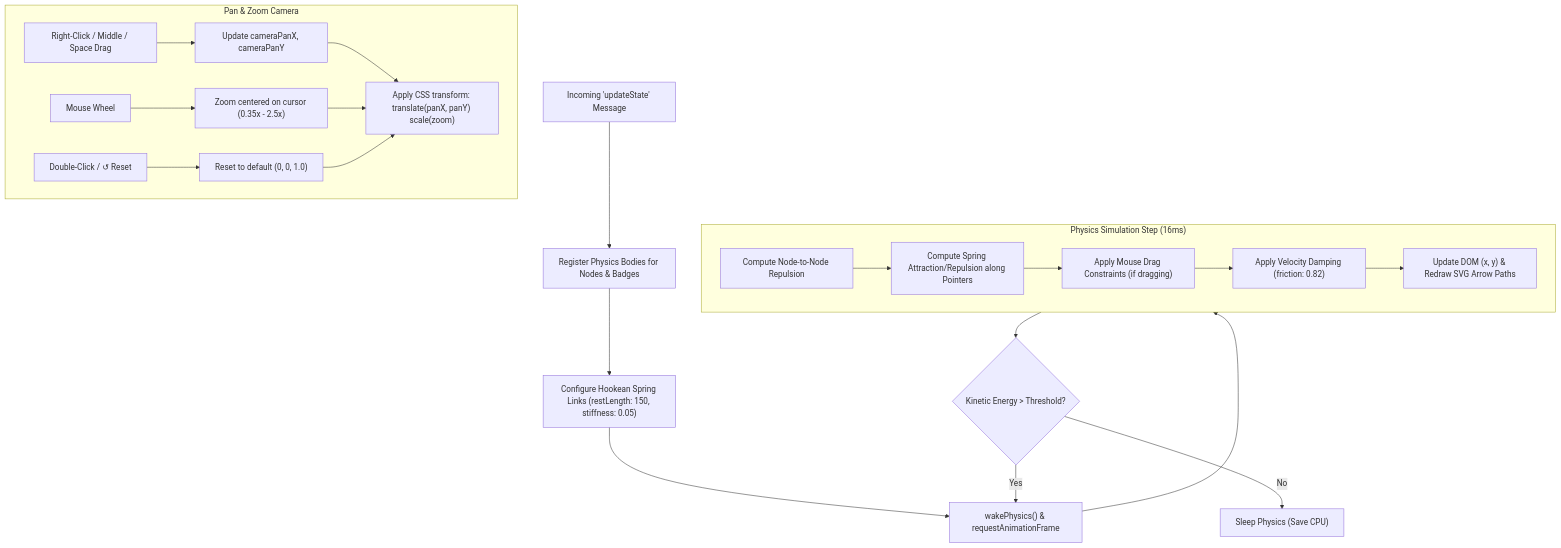
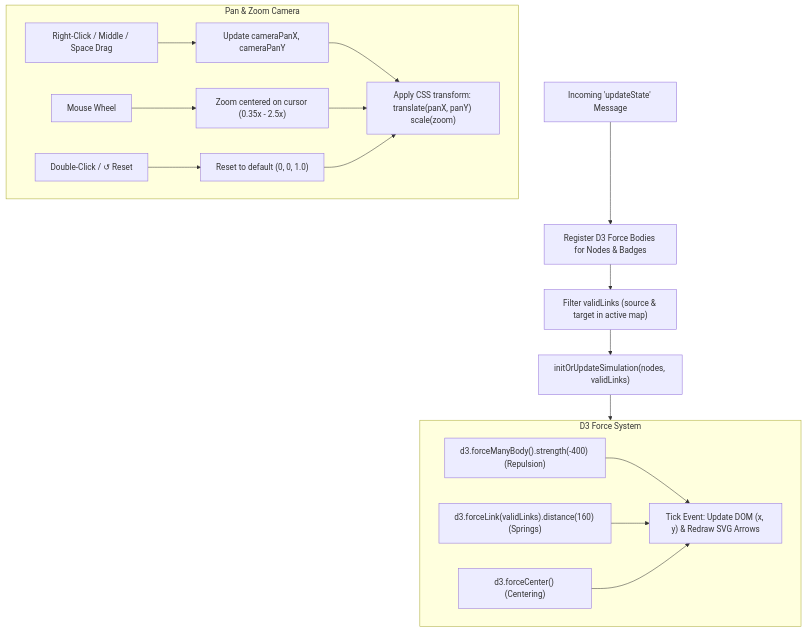
The fourth of 5 diagrams in docs/data-flow.md (KingSahil/Simide), drawn with Mermaid before and after one commit. The commit also changed other lines of this file and 35 other files, not shown here.

````diff
--- a/docs/data-flow.md
+++ b/docs/data-flow.md
@@ -116,27 +132,26 @@
 ```mermaid
 flowchart TD
-    UpdateMsg["Incoming 'updateState' Message"] --> SetupBodies["Register Physics Bodies for Nodes & Badges"]
-    SetupBodies --> SpringConfig["Configure Hookean Spring Links (restLength: 150, stiffness: 0.05)"]
-    SpringConfig --> AnimLoop["wakePhysics() & requestAnimationFrame"]
+    UpdateMsg["Incoming 'updateState' Message"] --> SetupBodies["Register D3 Force Bodies for Nodes & Badges"]
+    SetupBodies --> LinkConfig["Filter validLinks (source & target in active map)"]
+    LinkConfig --> ForceInit["initOrUpdateSimulation(nodes, validLinks)"]
 
-    subgraph PhysicsTick ["Physics Simulation Step (16ms)"]
-        ForceRepel["Compute Node-to-Node Repulsion"] --> ForceSpring["Compute Spring Attraction/Repulsion along Pointers"]
-        ForceSpring --> DragConstraint["Apply Mouse Drag Constraints (if dragging)"]
-        DragConstraint --> VelocityDamp["Apply Velocity Damping (friction: 0.82)"]
-        VelocityDamp --> UpdateDOM["Update DOM (x, y) & Redraw SVG Arrow Paths"]
+    subgraph SimulationForces ["D3 Force System"]
+        Charge["d3.forceManyBody().strength(-400) (Repulsion)"]
+        Link["d3.forceLink(validLinks).distance(160) (Springs)"]
+        Center["d3.forceCenter() (Centering)"]
+        Charge --> SimulationTick["Tick Event: Update DOM (x, y) & Redraw SVG Arrows"]
+        Link --> SimulationTick
+        Center --> SimulationTick
     end
 
-    AnimLoop --> PhysicsTick
-    PhysicsTick --> EnergyCheck{"Kinetic Energy > Threshold?"}
-    EnergyCheck -- Yes --> AnimLoop
-    EnergyCheck -- No --> SleepPhysics["Sleep Physics (Save CPU)"]
+    ForceInit --> SimulationForces
 
     subgraph CameraControls ["Pan & Zoom Camera"]
         RightClick["Right-Click / Middle / Space Drag"] --> UpdatePan["Update cameraPanX, cameraPanY"]
         Wheel["Mouse Wheel"] --> UpdateZoom["Zoom centered on cursor (0.35x - 2.5x)"]
         DblClick["Double-Click / ↺ Reset"] --> ResetCam["Reset to default (0, 0, 1.0)"]
         UpdatePan --> Transform["Apply CSS transform: translate(panX, panY) scale(zoom)"]
         UpdateZoom --> Transform
         ResetCam --> Transform
     end
 ```
````
